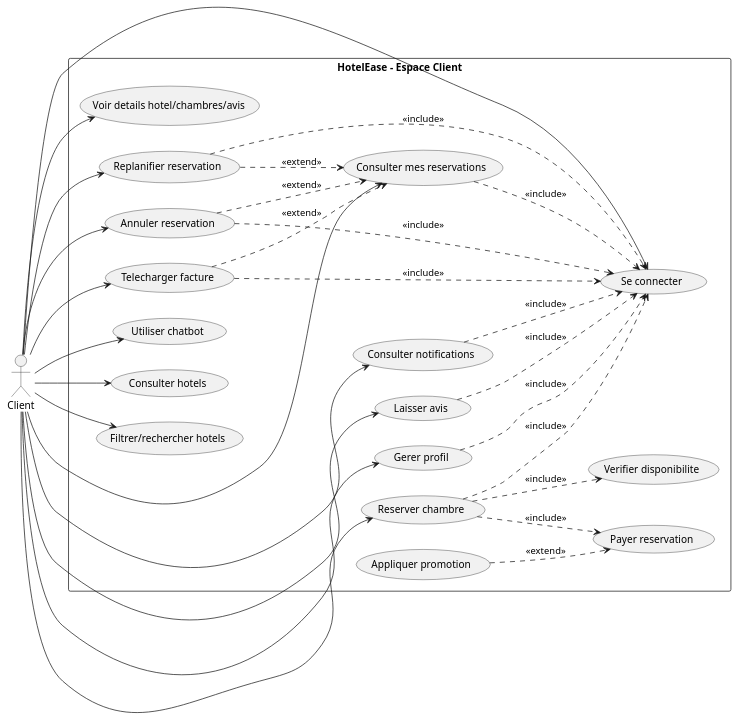
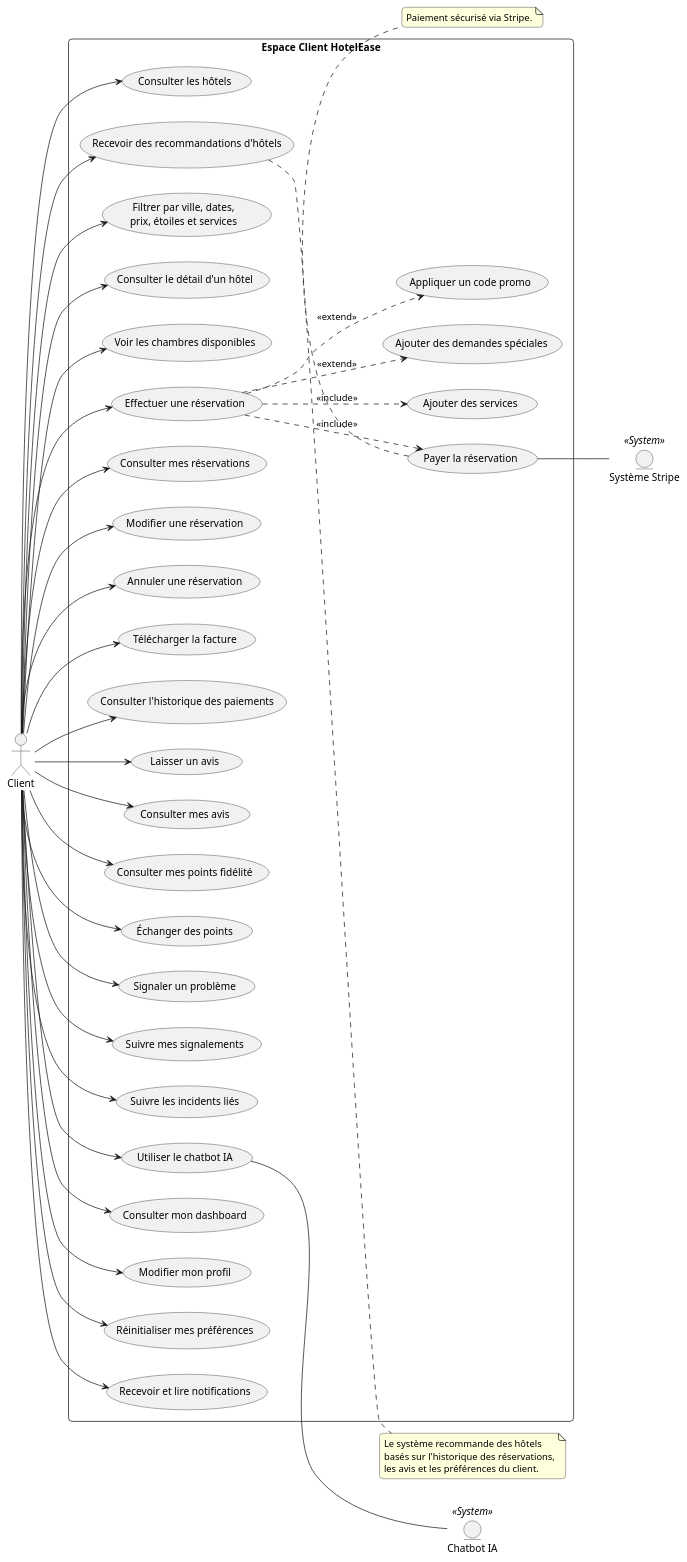
Before and after one commit to malek420122/hotel_project_pfe: the diagram in docs/uml/02-use-case-client.puml, drawn with PlantUML. The commit also changed 121 other files, not shown here.

Commit message:
Major update: Added recommendation system, incident management, new UI components and fixed checkout

```diff
--- a/docs/uml/02-use-case-client.puml
+++ b/docs/uml/02-use-case-client.puml
@@ -1,56 +1,91 @@
 @startuml
 left to right direction
 skinparam packageStyle rectangle
+skinparam shadowing false
+skinparam roundcorner 10
+skinparam actorStyle default
 
-actor Client
+actor "Client" as Client
+entity "Système Stripe" as Stripe <<System>>
+entity "Chatbot IA" as Chatbot <<System>>
 
-rectangle "HotelEase - Espace Client" {
-  usecase "Se connecter" as C1
-  usecase "Consulter hotels" as C2
-  usecase "Filtrer/rechercher hotels" as C3
-  usecase "Voir details hotel/chambres/avis" as C4
-  usecase "Reserver chambre" as C5
-  usecase "Verifier disponibilite" as C6
-  usecase "Payer reservation" as C7
-  usecase "Appliquer promotion" as C8
-  usecase "Consulter mes reservations" as C9
-  usecase "Replanifier reservation" as C10
-  usecase "Annuler reservation" as C11
-  usecase "Telecharger facture" as C12
-  usecase "Laisser avis" as C13
-  usecase "Gerer profil" as C14
-  usecase "Consulter notifications" as C15
-  usecase "Utiliser chatbot" as C16
+rectangle "Espace Client HotelEase" {
+    (Consulter les hôtels) as UC_Hotels
+    (Recevoir des recommandations d'hôtels) as UC_Recommendations
+    (Filtrer par ville, dates,\nprix, étoiles et services) as UC_Filter
+    (Consulter le détail d'un hôtel) as UC_Detail
+    (Voir les chambres disponibles) as UC_Rooms
+    (Effectuer une réservation) as UC_Book
+    (Ajouter des services) as UC_Services
+    (Ajouter des demandes spéciales) as UC_Special
+    (Appliquer un code promo) as UC_Promo
+    (Payer la réservation) as UC_Pay
+    (Consulter mes réservations) as UC_MyBookings
+    (Modifier une réservation) as UC_EditBooking
+    (Annuler une réservation) as UC_CancelBooking
+    (Télécharger la facture) as UC_Invoice
+    (Consulter l'historique des paiements) as UC_PaymentHistory
+    (Laisser un avis) as UC_Review
+    (Consulter mes avis) as UC_MyReviews
+    (Consulter mes points fidélité) as UC_Loyalty
+    (Échanger des points) as UC_Redeem
+    (Signaler un problème) as UC_Signal
+    (Suivre mes signalements) as UC_SignalHistory
+    (Suivre les incidents liés) as UC_IncidentTracking
+    (Utiliser le chatbot IA) as UC_Chatbot
+    (Consulter mon dashboard) as UC_Dashboard
+    (Modifier mon profil) as UC_Profile
+    (Réinitialiser mes préférences) as UC_ResetPrefs
+    (Recevoir et lire notifications) as UC_Notifs
 }
 
-Client --> C1
-Client --> C2
-Client --> C3
-Client --> C4
-Client --> C5
-Client --> C9
-Client --> C10
-Client --> C11
-Client --> C12
-Client --> C13
-Client --> C14
-Client --> C15
-Client --> C16
+' Recherche et réservation
+Client --> UC_Hotels
+Client --> UC_Recommendations
+Client --> UC_Filter
+Client --> UC_Detail
+Client --> UC_Rooms
+Client --> UC_Book
+UC_Book ..> UC_Services : <<include>>
+UC_Book ..> UC_Special : <<extend>>
+UC_Book ..> UC_Promo : <<extend>>
+UC_Book ..> UC_Pay : <<include>>
+UC_Pay -- Stripe
 
-C5 ..> C1 : <<include>>
-C5 ..> C6 : <<include>>
-C5 ..> C7 : <<include>>
-C8 ..> C7 : <<extend>>
+' Gestion après réservation
+Client --> UC_MyBookings
+Client --> UC_EditBooking
+Client --> UC_CancelBooking
+Client --> UC_Invoice
+Client --> UC_PaymentHistory
 
-C9 ..> C1 : <<include>>
-C10 ..> C1 : <<include>>
-C11 ..> C1 : <<include>>
-C12 ..> C1 : <<include>>
-C13 ..> C1 : <<include>>
-C14 ..> C1 : <<include>>
-C15 ..> C1 : <<include>>
+' Avis et fidélité
+Client --> UC_Review
+Client --> UC_MyReviews
+Client --> UC_Loyalty
+Client --> UC_Redeem
 
-C10 ..> C9 : <<extend>>
-C11 ..> C9 : <<extend>>
-C12 ..> C9 : <<extend>>
+' Assistance
+Client --> UC_Signal
+Client --> UC_SignalHistory
+Client --> UC_IncidentTracking
+Client --> UC_Chatbot
+UC_Chatbot -- Chatbot
+
+' Compte
+Client --> UC_Dashboard
+Client --> UC_Profile
+Client --> UC_ResetPrefs
+Client --> UC_Notifs
+
+note right of UC_Recommendations
+  Le système recommande des hôtels
+  basés sur l'historique des réservations,
+  les avis et les préférences du client.
+end note
+
+note bottom of UC_Pay
+  Paiement sécurisé via Stripe.
+end note
+
 @enduml
```
